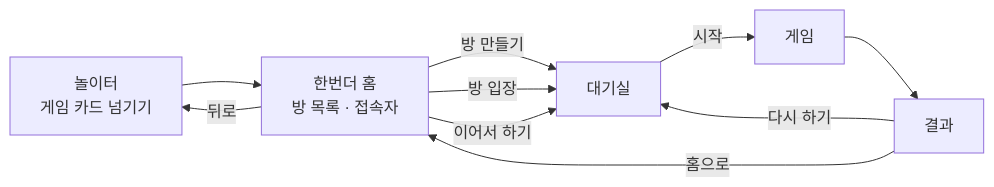
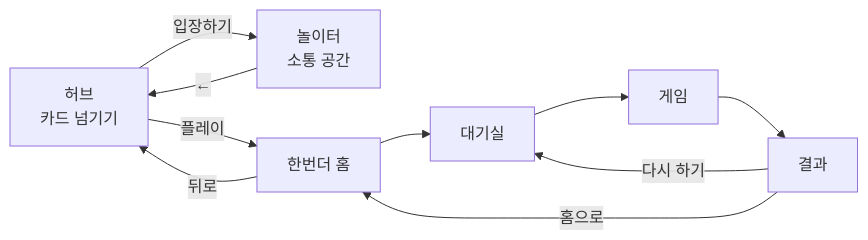
One commit to LSe-Yeong/playground changed the diagram in docs/planning/planning.md. Above: the diagram before and after it, drawn with Mermaid. The commit also changed other lines of this file and 3 other files, not shown here.

````diff
--- a/docs/planning/planning.md
+++ b/docs/planning/planning.md
@@ -54,12 +42,11 @@
 ```mermaid
 flowchart LR
-  P[놀이터<br/>게임 카드 넘기기] --> H[한번더 홈<br/>방 목록 · 접속자]
-  H -->|방 만들기| L[대기실]
-  H -->|방 입장| L
-  H -->|이어서 하기| L
-  L -->|시작| G[게임]
-  G --> R[결과]
+  P[허브<br/>카드 넘기기]
+  P -->|입장하기| Z[놀이터<br/>소통 공간]
+  P -->|플레이| H[한번더 홈]
+  Z -->|←| P
+  H -->|뒤로| P
+  H --> L[대기실] --> G[게임] --> R[결과]
   R -->|다시 하기| L
   R -->|홈으로| H
-  H -->|뒤로| P
 ```
````
